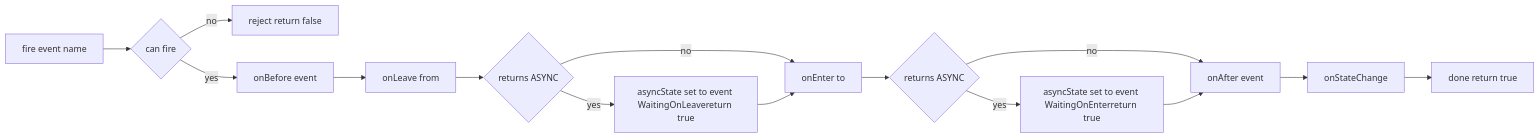
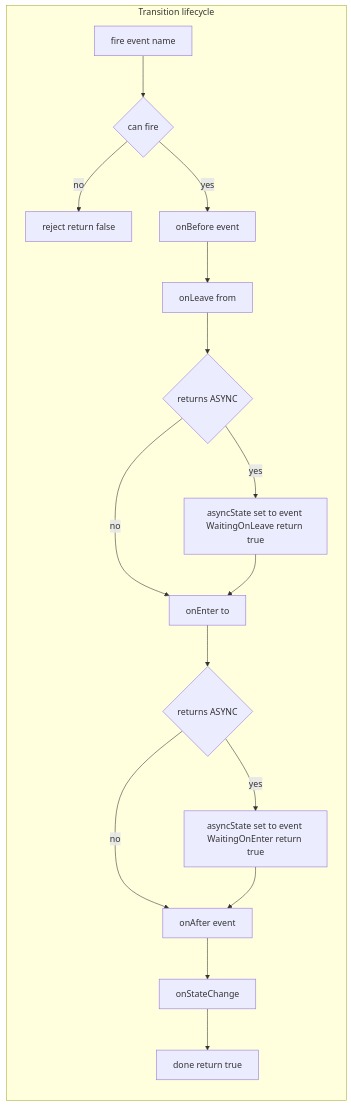
The first of 3 diagrams in docs/fsm/transition_lifecycle.md (Gh0st352/AETHR), drawn with Mermaid before and after one commit. The commit also changed other lines of this file and 5 other files, not shown here.

First line of the commit message:
docs(fsm): standardize headings and enhance Mermaid diagrams

````diff
--- a/docs/fsm/transition_lifecycle.md
+++ b/docs/fsm/transition_lifecycle.md
@@ -16,17 +16,25 @@
 ```mermaid
+%% shared theme: docs/_mermaid/theme.json %%
 flowchart LR
-  EV[fire event name] --> CAN{can fire}
-  CAN -->|no| REJ[reject return false]
-  CAN -->|yes| OB[onBefore event]
-  OB --> OL[onLeave from]
-  OL --> AL{returns ASYNC}
-  AL -->|yes| WL[asyncState set to event WaitingOnLeavereturn true]
-  AL -->|no| EN[onEnter to]
-  WL --> EN
-  EN --> AE{returns ASYNC}
-  AE -->|yes| WE[asyncState set to event WaitingOnEnterreturn true]
-  AE -->|no| OA[onAfter event]
-  WE --> OA
-  OA --> SC[onStateChange]
-  SC --> DONE[done return true]
+  subgraph "Transition lifecycle"
+    EV[fire event name] --> CAN{can fire}
+    CAN -->|no| REJ[reject return false]
+    CAN -->|yes| OB[onBefore event]
+    OB --> OL[onLeave from]
+    OL --> AL{returns ASYNC}
+    AL -->|yes| WL[asyncState set to event WaitingOnLeave return true]
+    AL -->|no| EN[onEnter to]
+    WL --> EN
+    EN --> AE{returns ASYNC}
+    AE -->|yes| WE[asyncState set to event WaitingOnEnter return true]
+    AE -->|no| OA[onAfter event]
+    WE --> OA
+    OA --> SC[onStateChange]
+    SC --> DONE[done return true]
+  end
+  class EV class_io;
+  class CAN class_decision;
+  class REJ,DONE class_result;
+  class OB,OL,AL,EN,AE,OA class_compute;
+  class WL,WE class_tracker;
 ```
````
